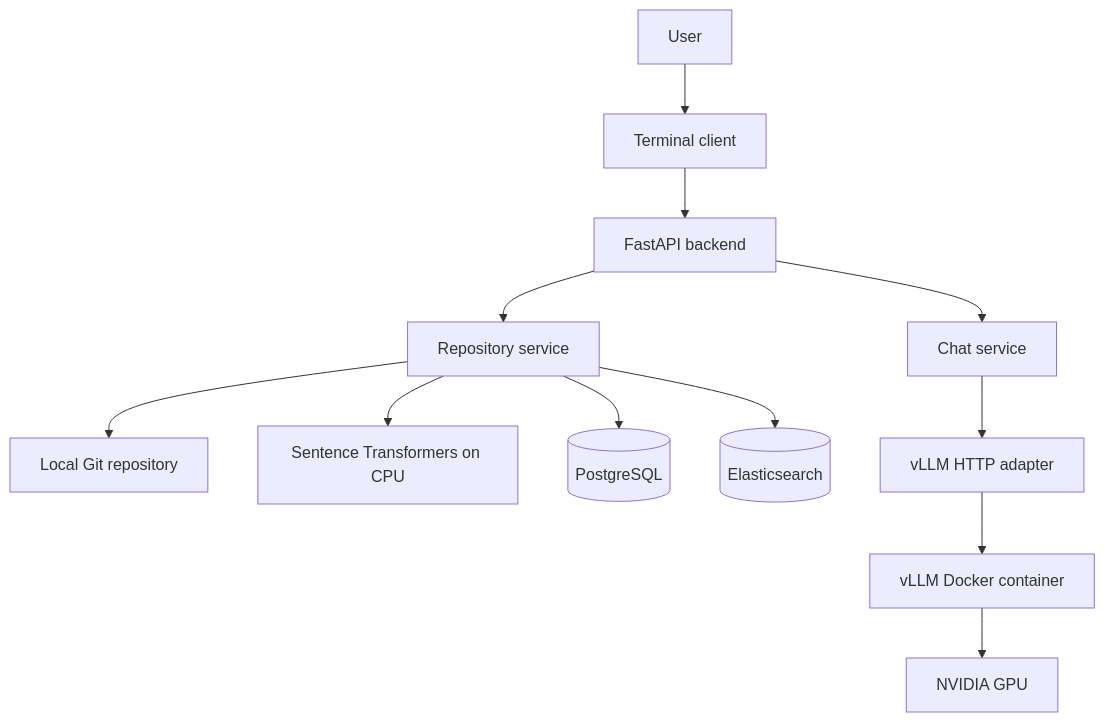
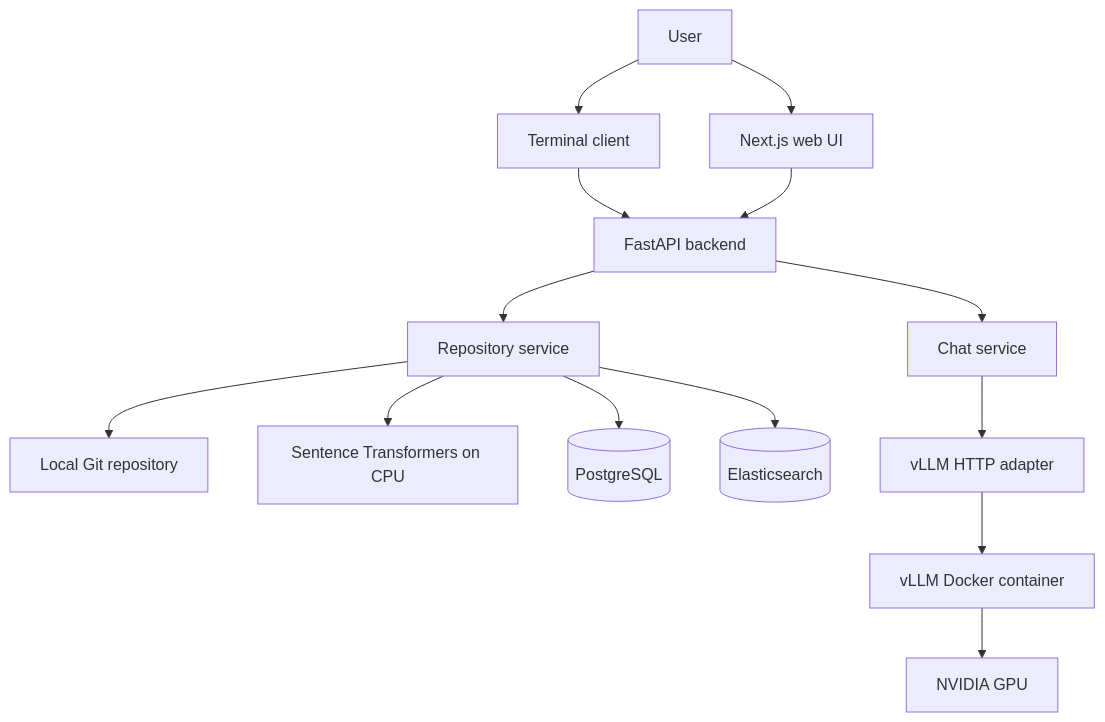
One commit to mayank3aj3769/RepoWren changed the diagram in docs/architecture.md. Above: the diagram before and after it, drawn with Mermaid. The commit also changed other lines of this file and 19 other files, not shown here.

````diff
--- a/docs/architecture.md
+++ b/docs/architecture.md
@@ -9,15 +9,17 @@
 ```mermaid
 flowchart TD
     U[User] --> C[Terminal client]
+    U --> W[Next.js web UI]
     C --> A[FastAPI backend]
+    W --> A
     A --> S[Chat service]
     A --> R[Repository service]
     R --> F[Local Git repository]
     R --> E[Sentence Transformers on CPU]
     R --> P[(PostgreSQL)]
     R --> X[(Elasticsearch)]
     S --> I[vLLM HTTP adapter]
     I --> V[vLLM Docker container]
     V --> G[NVIDIA GPU]
 
 ```
````
